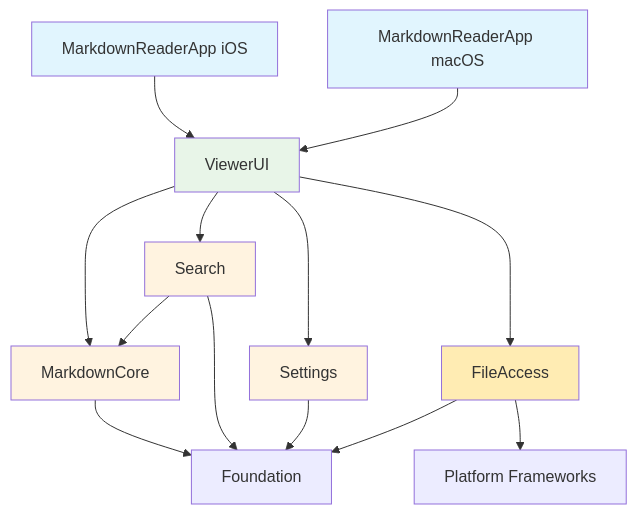
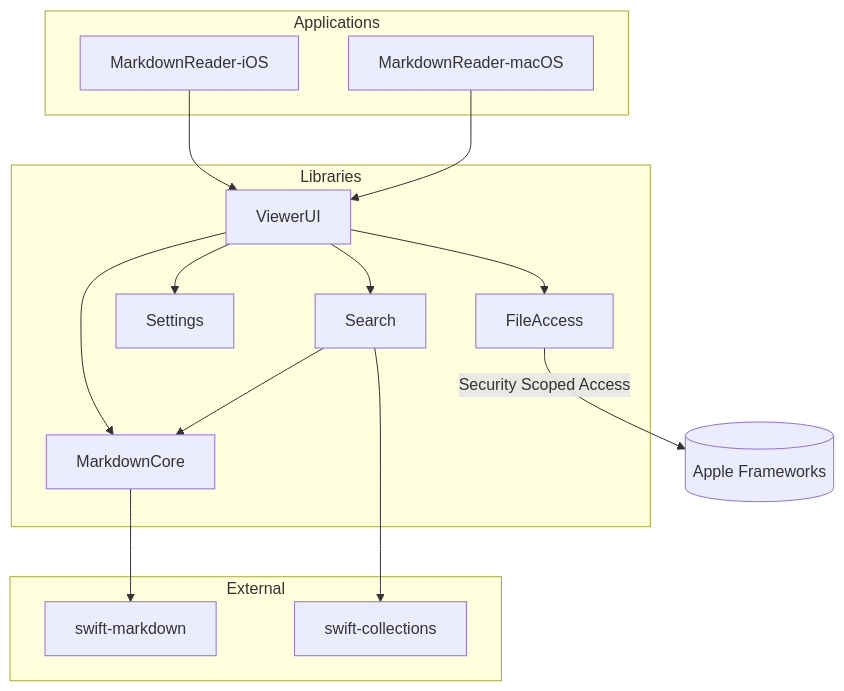
One commit to lawrencelj/LocalMarkdownReader changed the diagram in documents/architecture/module-dependencies.md. Above: the diagram before and after it, drawn with Mermaid. The commit also changed other lines of this file and 82 other files, not shown here.

First line of the commit message:
Fix security-scoped resource error when saving files

````diff
--- a/documents/architecture/module-dependencies.md
+++ b/documents/architecture/module-dependencies.md
@@ -7,23 +11,34 @@
 ```mermaid
 graph TD
-    A[MarkdownReaderApp iOS] --> B[ViewerUI]
-    C[MarkdownReaderApp macOS] --> B
-    B --> D[MarkdownCore]
-    B --> E[Search]
-    B --> F[Settings]
-    B --> G[FileAccess]
-    D --> H[Foundation]
+    subgraph Applications
+        A[MarkdownReader-iOS]
+        B[MarkdownReader-macOS]
+    end
+
+    subgraph Libraries
+        C[ViewerUI]
+        D[MarkdownCore]
+        E[Search]
+        F[Settings]
+        G[FileAccess]
+    end
+
+    subgraph External
+        H[swift-markdown]
+        I[swift-collections]
+    end
+
+    A --> C
+    B --> C
+
+    C --> D
+    C --> E
+    C --> F
+    C --> G
+
     E --> D
-    E --> H
-    F --> H
-    G --> H
-    G --> I[Platform Frameworks]
+    D --> H
+    E --> I
 
-    style A fill:#e1f5fe
-    style C fill:#e1f5fe
-    style B fill:#e8f5e8
-    style D fill:#fff3e0
-    style E fill:#fff3e0
-    style F fill:#fff3e0
-    style G fill:#ffecb3
+    G -->|Security Scoped Access| PlatformFrameworks[(Apple Frameworks)]
 ```
````
